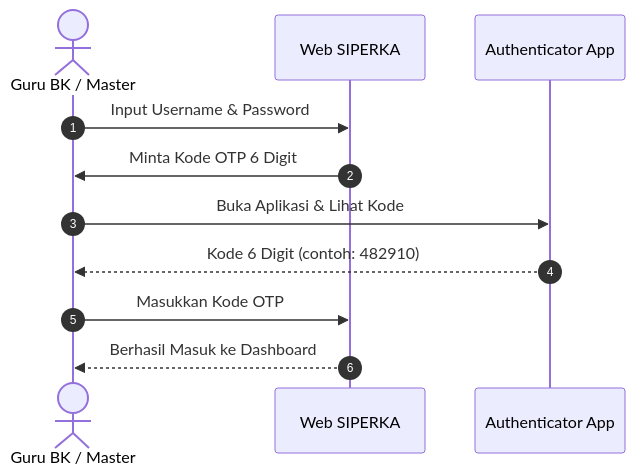
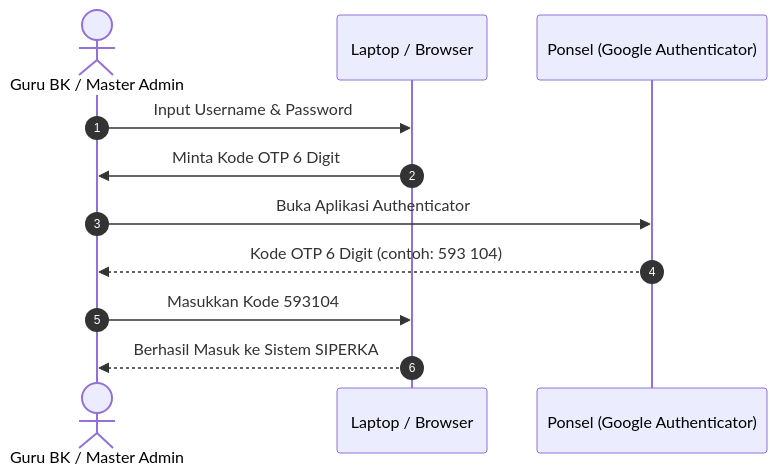
Before and after one commit to MuRaaihan/projectpkm: the fifth of 5 diagrams in docs/ebook-panduan-pengguna-siperka.md, drawn with Mermaid. The commit also changed other lines of this file, not shown here.

Commit message:
docs: perbarui e-book panduan operasional pengguna siperka (fokus tata cara, alur fitur, dan variasi skenario)

````diff
--- a/docs/ebook-panduan-pengguna-siperka.md
+++ b/docs/ebook-panduan-pengguna-siperka.md
@@ -416,14 +615,14 @@
 ```mermaid
 sequenceDiagram
     autonumber
-    actor Staff as Guru BK / Master
-    participant Web as Web SIPERKA
-    participant App as Authenticator App
+    actor Staff as Guru BK / Master Admin
+    participant PC as Laptop / Browser
+    participant Phone as Ponsel (Google Authenticator)
     
-    Staff->>Web: Input Username & Password
-    Web->>Staff: Minta Kode OTP 6 Digit
-    Staff->>App: Buka Aplikasi & Lihat Kode
-    App-->>Staff: Kode 6 Digit (contoh: 482910)
-    Staff->>Web: Masukkan Kode OTP
-    Web-->>Staff: Berhasil Masuk ke Dashboard
+    Staff->>PC: Input Username & Password
+    PC->>Staff: Minta Kode OTP 6 Digit
+    Staff->>Phone: Buka Aplikasi Authenticator
+    Phone-->>Staff: Kode OTP 6 Digit (contoh: 593 104)
+    Staff->>PC: Masukkan Kode 593104
+    PC-->>Staff: Berhasil Masuk ke Sistem SIPERKA
 ```
````
